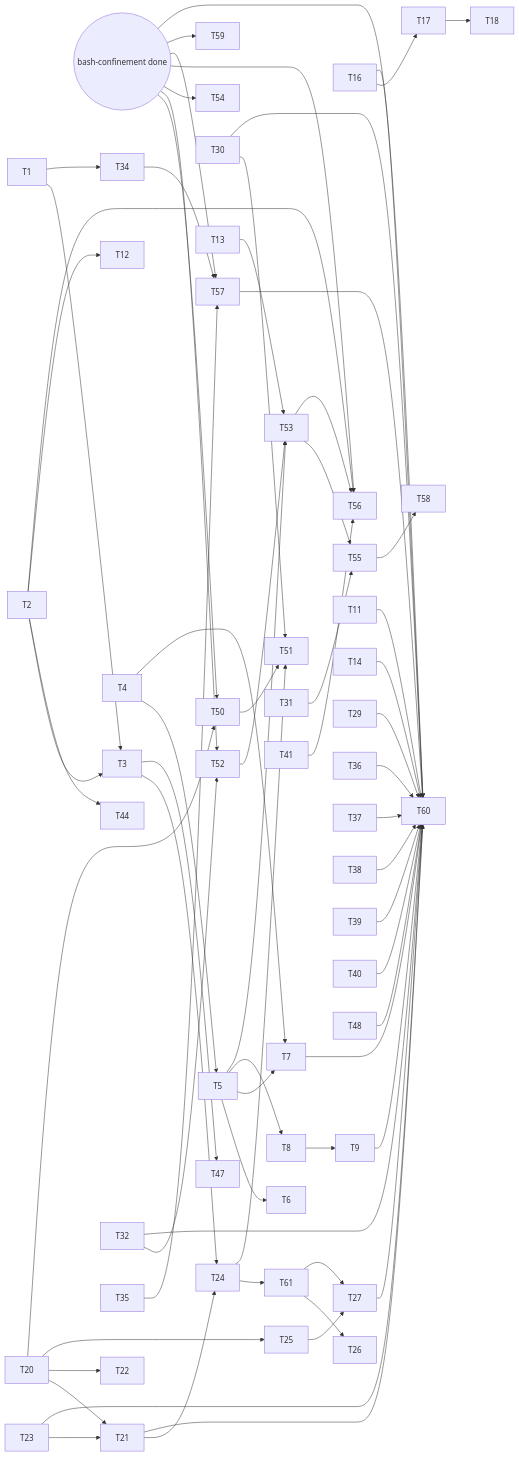
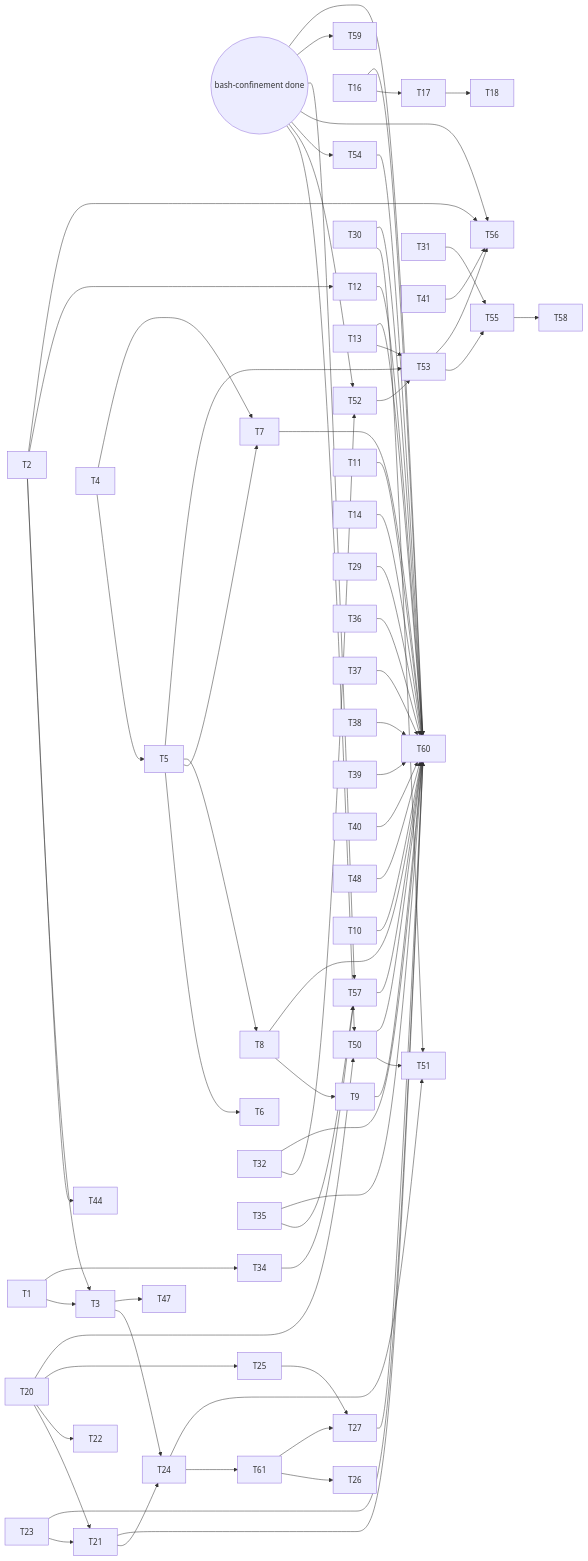
The diagram in planning/specs/qa-round-25-fixes.md (liaden/lain), drawn with Mermaid before and after one commit. The commit also changed other lines of this file, not shown here.

````diff
--- a/planning/specs/qa-round-25-fixes.md
+++ b/planning/specs/qa-round-25-fixes.md
@@ -272,69 +293,76 @@
 ```mermaid
 flowchart LR
   BC((bash-confinement done))
   T1 --> T3
   T2 --> T3
   T2 --> T44
   T2 --> T12
   T3 --> T24
   T3 --> T47
   T4 --> T5
   T5 --> T6
   T4 --> T7
   T5 --> T7
   T5 --> T8
   T8 --> T9
   T16 --> T17
   T17 --> T18
   T20 --> T21
   T23 --> T21
   T20 --> T22
   T21 --> T24
   T24 --> T61
   T20 --> T25
   T61 --> T26
   T61 --> T27
   T25 --> T27
   T1 --> T34
   BC --> T50
   T20 --> T50
   T50 --> T51
   T30 --> T51
   T24 --> T51
   BC --> T52
   T32 --> T52
   T52 --> T53
   T13 --> T53
   T5 --> T53
   BC --> T54
   T53 --> T55
   T31 --> T55
   BC --> T56
   T2 --> T56
   T41 --> T56
   T53 --> T56
   BC --> T57
   T34 --> T57
   T35 --> T57
   T55 --> T58
   BC --> T59
   BC --> T60
   T7 --> T60
   T9 --> T60
   T11 --> T60
   T14 --> T60
   T16 --> T60
   T21 --> T60
   T23 --> T60
   T27 --> T60
   T29 --> T60
   T30 --> T60
   T32 --> T60
   T36 --> T60
   T37 --> T60
   T38 --> T60
   T39 --> T60
   T40 --> T60
   T48 --> T60
   T57 --> T60
+  T8 --> T60
+  T10 --> T60
+  T12 --> T60
+  T13 --> T60
+  T35 --> T60
+  T50 --> T60
+  T54 --> T60
 ```
````
